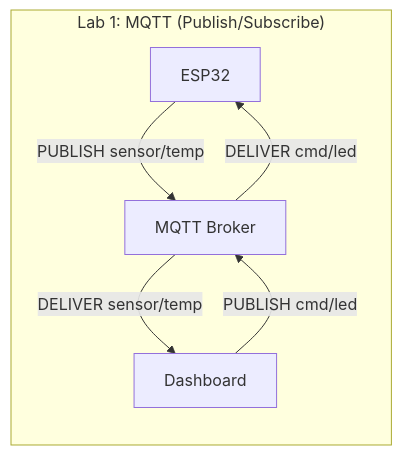
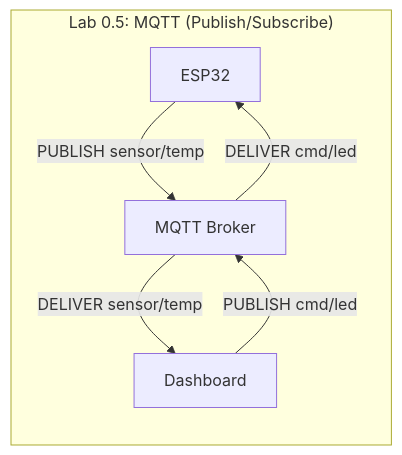
One commit to saacifuentesmu/4201327-iot_systems_design changed the second of 5 diagrams in en/0_3_Minimal_IoT_Implementation_mqtt.md. Above: the diagram before and after it, drawn with Mermaid. The commit also changed other lines of this file and 7 other files, not shown here.

````diff
--- a/en/0_3_Minimal_IoT_Implementation_mqtt.md
+++ b/en/0_3_Minimal_IoT_Implementation_mqtt.md
@@ -50,9 +50,9 @@
 ```mermaid
 graph LR
-    subgraph "Lab 1: MQTT (Publish/Subscribe)"
+    subgraph "Lab 0.5: MQTT (Publish/Subscribe)"
         E2[ESP32] -->|PUBLISH sensor/temp| B[MQTT Broker]
         B -->|DELIVER sensor/temp| D2[Dashboard]
         D2 -->|PUBLISH cmd/led| B
         B -->|DELIVER cmd/led| E2
     end
 ```
````
